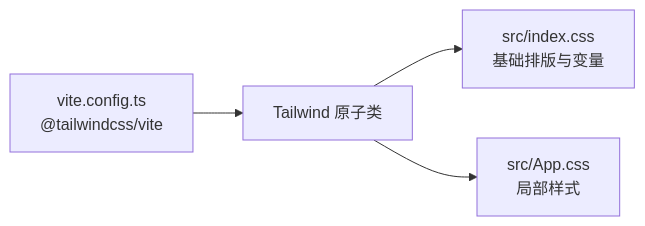
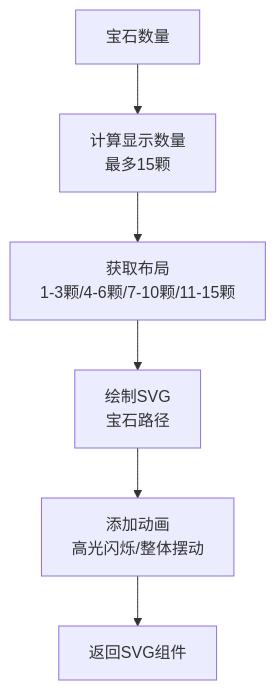
Before and after one commit to wudeng2005/rainbow-learning: the seventh of 8 diagrams in .qoder/repowiki/zh/content/样式系统.md, drawn with Mermaid. The commit also changed other lines of this file and 55 other files, not shown here.

````diff
--- a/.qoder/repowiki/zh/content/样式系统.md
+++ b/.qoder/repowiki/zh/content/样式系统.md
@@ -204,6 +284,8 @@
 ```mermaid
-graph LR
-V["vite.config.ts<br/>@tailwindcss/vite"] --> T["Tailwind 原子类"]
-T --> G["src/index.css<br/>基础排版与变量"]
-T --> L["src/App.css<br/>局部样式"]
+flowchart TD
+Input["宝石数量"] --> Calc["计算显示数量<br/>最多15颗"]
+Calc --> Layout["获取布局<br/>1-3颗/4-6颗/7-10颗/11-15颗"]
+Layout --> Draw["绘制SVG<br/>宝石路径"]
+Draw --> Animate["添加动画<br/>高光闪烁/整体摆动"]
+Animate --> Output["返回SVG组件"]
 ```
````
